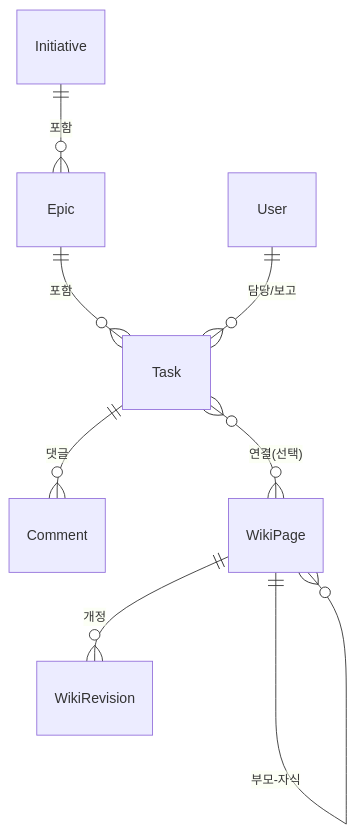
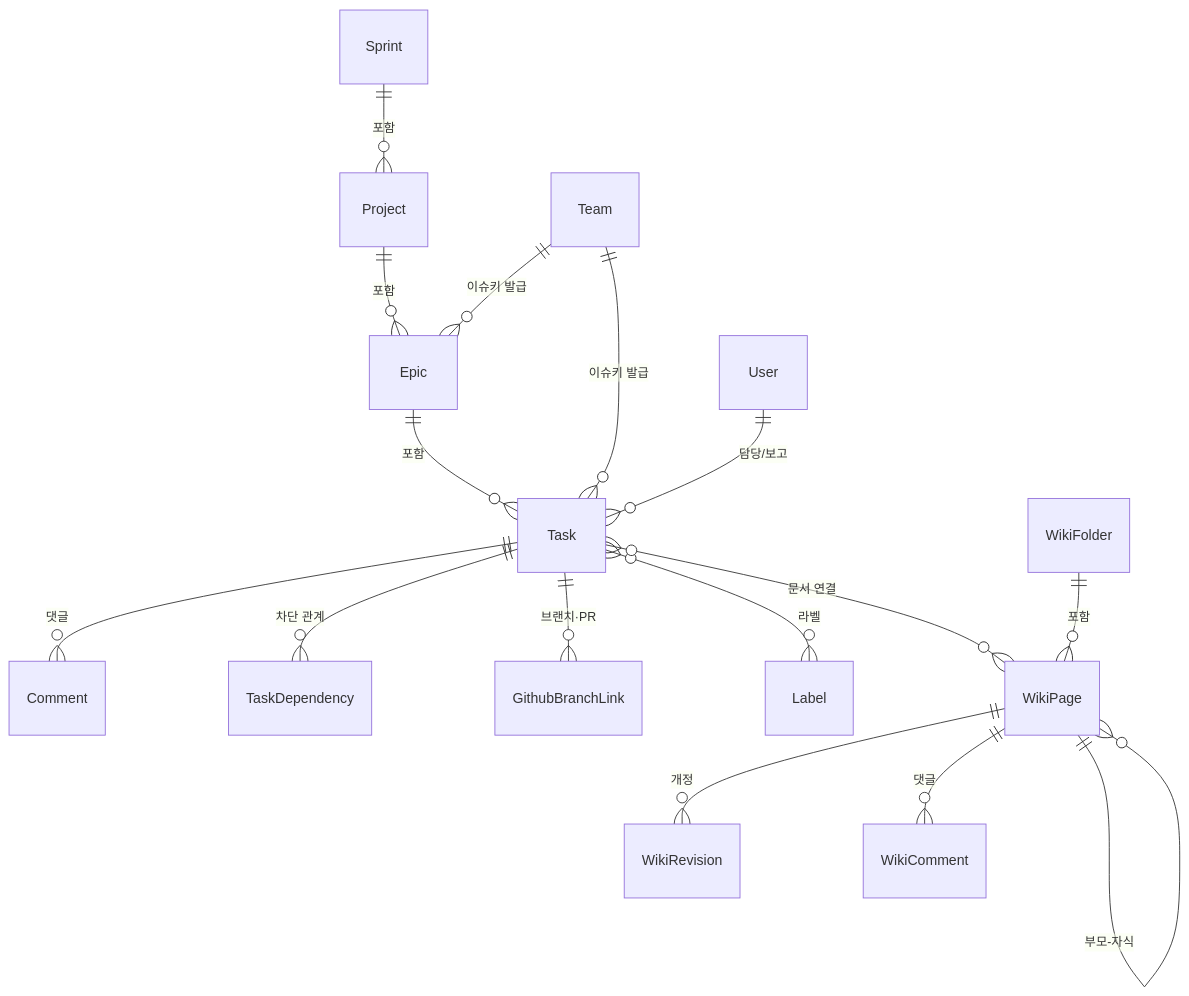
The third of 4 diagrams in README.md (Team-Neki/Team-Neki-Sprint), drawn with Mermaid before and after one commit. The commit also changed other lines of this file and 2 other files, not shown here.

````diff
--- a/README.md
+++ b/README.md
@@ -62,10 +91,18 @@
 ```mermaid
 erDiagram
-    Initiative ||--o{ Epic : "포함"
+    Sprint ||--o{ Project : "포함"
+    Project ||--o{ Epic : "포함"
     Epic ||--o{ Task : "포함"
+    Team ||--o{ Epic : "이슈키 발급"
+    Team ||--o{ Task : "이슈키 발급"
+    User ||--o{ Task : "담당/보고"
     Task ||--o{ Comment : "댓글"
-    User ||--o{ Task : "담당/보고"
+    Task ||--o{ TaskDependency : "차단 관계"
+    Task ||--o{ GithubBranchLink : "브랜치·PR"
+    Task }o--o{ Label : "라벨"
+    Task }o--o{ WikiPage : "문서 연결"
+    WikiFolder ||--o{ WikiPage : "포함"
     WikiPage ||--o{ WikiPage : "부모-자식"
     WikiPage ||--o{ WikiRevision : "개정"
-    Task }o--o{ WikiPage : "연결(선택)"
+    WikiPage ||--o{ WikiComment : "댓글"
 ```
````
